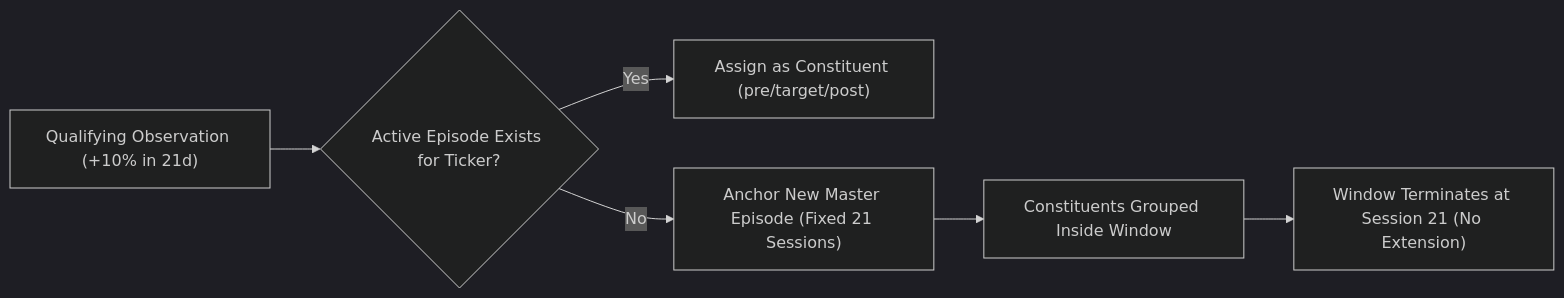
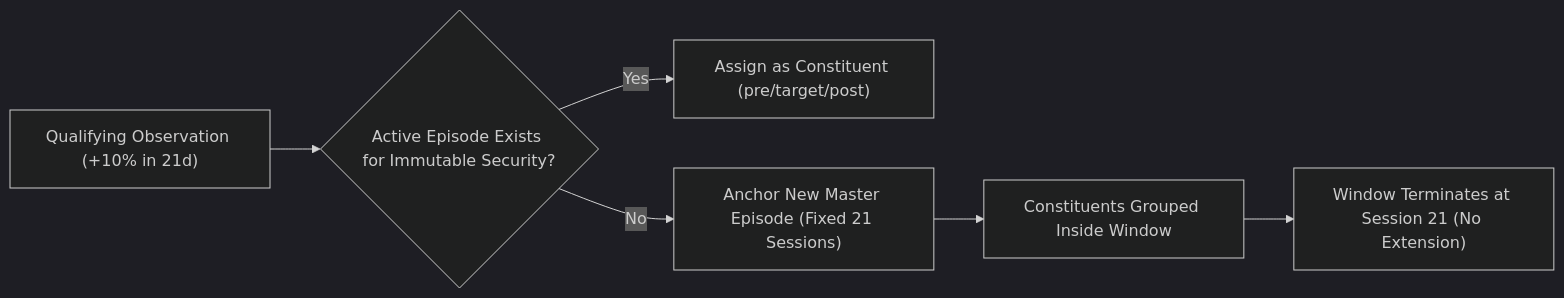
The second of 2 diagrams in docs/research/LONG-002C-DESIGN.md (gyairbyte/TradeX), drawn with Mermaid (dark theme) before and after one commit. The commit also changed other lines of this file and 2 other files, not shown here.

Commit message:
LONG-002C-DESIGN-001: Address PR review on security identity and adverse barrier units

````diff
--- a/docs/research/LONG-002C-DESIGN.md
+++ b/docs/research/LONG-002C-DESIGN.md
@@ -206,8 +248,8 @@
 ```mermaid
 flowchart LR
-    A["Qualifying Observation (+10% in 21d)"] --> B{"Active Episode Exists for Ticker?"}
+    A["Qualifying Observation (+10% in 21d)"] --> B{"Active Episode Exists for Immutable Security?"}
     B -- Yes --> C["Assign as Constituent (pre/target/post)"]
     B -- No --> D["Anchor New Master Episode (Fixed 21 Sessions)"]
     D --> E["Constituents Grouped Inside Window"]
     E --> F["Window Terminates at Session 21 (No Extension)"]
 ```
````
